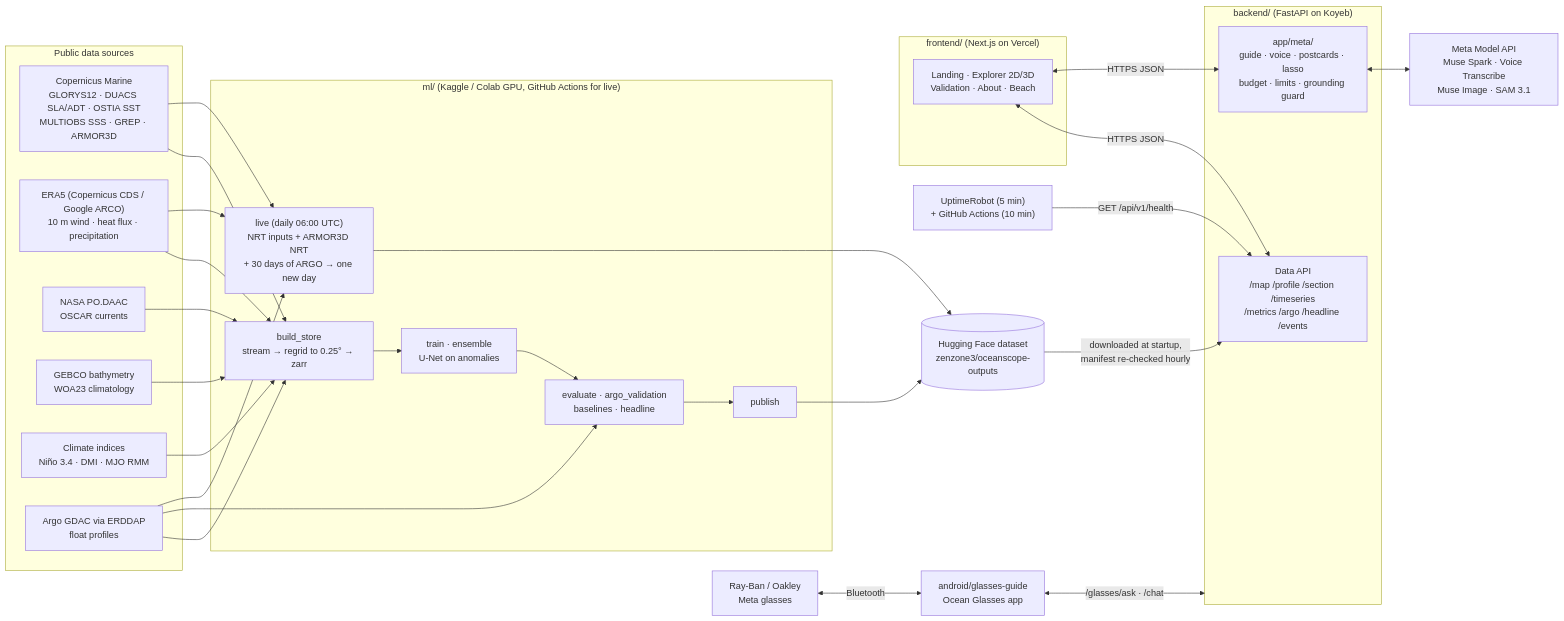
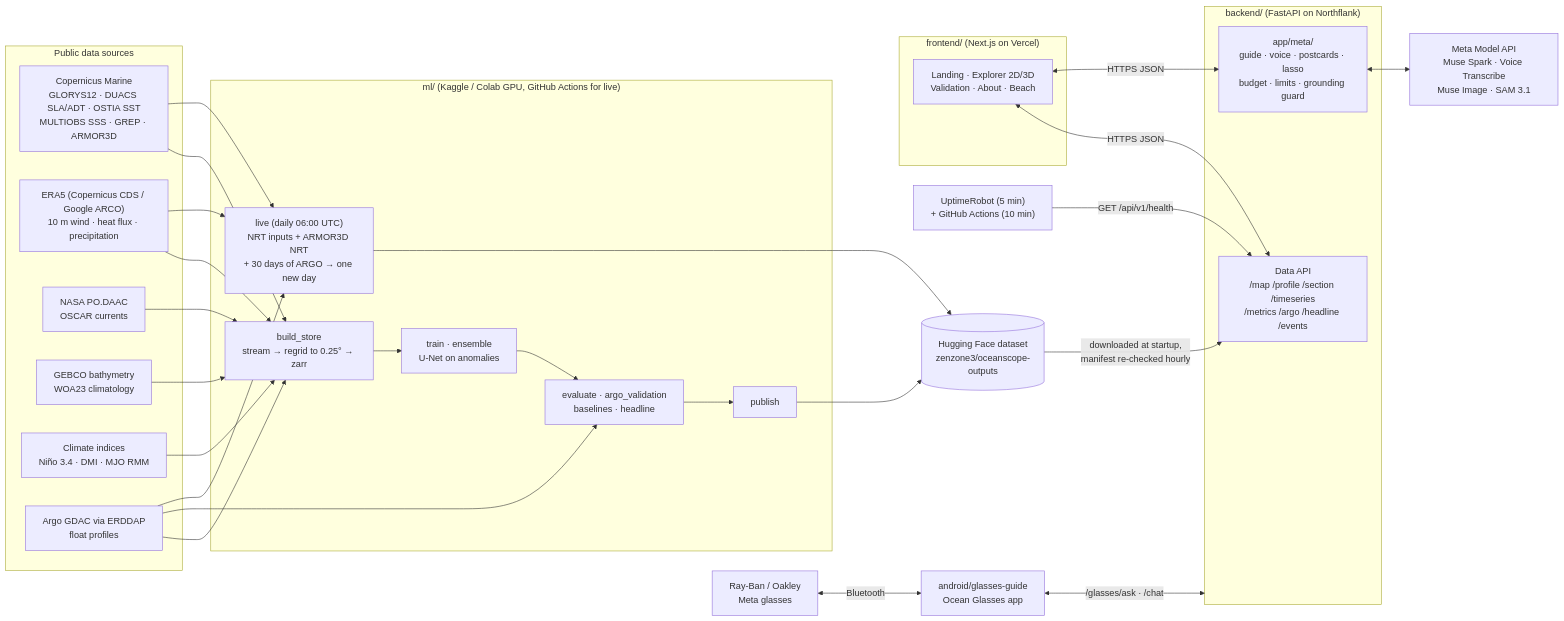
One commit to aryanchettripkt-eng/Ocean-Embed changed the diagram in README.md. Above: the diagram before and after it, drawn with Mermaid. The commit also changed other lines of this file and 6 other files, not shown here.

First line of the commit message:
backend: point everything at the Northflank service, not Koyeb

````diff
--- a/README.md
+++ b/README.md
@@ -128,56 +128,56 @@
 ```mermaid
 flowchart LR
   subgraph Sources["Public data sources"]
     CM["Copernicus Marine<br/>GLORYS12 · DUACS SLA/ADT · OSTIA SST<br/>MULTIOBS SSS · GREP · ARMOR3D"]
     ERA["ERA5 (Copernicus CDS / Google ARCO)<br/>10 m wind · heat flux · precipitation"]
     NASA["NASA PO.DAAC<br/>OSCAR currents"]
     STATIC["GEBCO bathymetry<br/>WOA23 climatology"]
     IDX["Climate indices<br/>Niño 3.4 · DMI · MJO RMM"]
     ARGO["Argo GDAC via ERDDAP<br/>float profiles"]
   end
 
   subgraph ML["ml/ (Kaggle / Colab GPU, GitHub Actions for live)"]
     BUILD["build_store<br/>stream → regrid to 0.25° → zarr"]
     TRAIN["train · ensemble<br/>U-Net on anomalies"]
     EVAL["evaluate · argo_validation<br/>baselines · headline"]
     PUB["publish"]
     LIVE["live (daily 06:00 UTC)<br/>NRT inputs + ARMOR3D NRT<br/>+ 30 days of ARGO → one new day"]
   end
 
   HF[("Hugging Face dataset<br/>zenzone3/oceanscope-outputs")]
 
-  subgraph BE["backend/ (FastAPI on Koyeb)"]
+  subgraph BE["backend/ (FastAPI on Northflank)"]
     API["Data API<br/>/map /profile /section /timeseries<br/>/metrics /argo /headline /events"]
     META["app/meta/<br/>guide · voice · postcards · lasso<br/>budget · limits · grounding guard"]
   end
 
   MAPI["Meta Model API<br/>Muse Spark · Voice Transcribe<br/>Muse Image · SAM 3.1"]
 
   subgraph FE["frontend/ (Next.js on Vercel)"]
     SITE["Landing · Explorer 2D/3D<br/>Validation · About · Beach"]
   end
 
   APP["android/glasses-guide<br/>Ocean Glasses app"]
   GLASSES["Ray-Ban / Oakley<br/>Meta glasses"]
   UP["UptimeRobot (5 min)<br/>+ GitHub Actions (10 min)"]
 
   CM --> BUILD
   ERA --> BUILD
   NASA --> BUILD
   STATIC --> BUILD
   IDX --> BUILD
   ARGO --> BUILD
   ARGO --> EVAL
   BUILD --> TRAIN --> EVAL --> PUB --> HF
   CM --> LIVE
   ERA --> LIVE
   ARGO --> LIVE
   LIVE --> HF
   HF -->|downloaded at startup,<br/>manifest re-checked hourly| API
   META <--> MAPI
   SITE <-->|HTTPS JSON| API
   SITE <-->|HTTPS JSON| META
   GLASSES <-->|Bluetooth| APP
   APP <-->|/glasses/ask · /chat| BE
   UP -->|GET /api/v1/health| API
 ```
````
